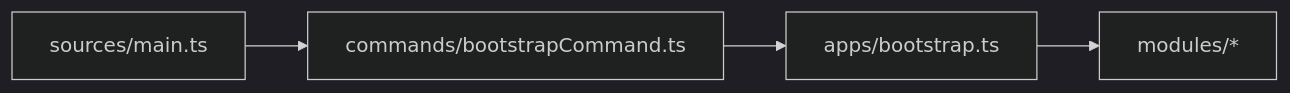
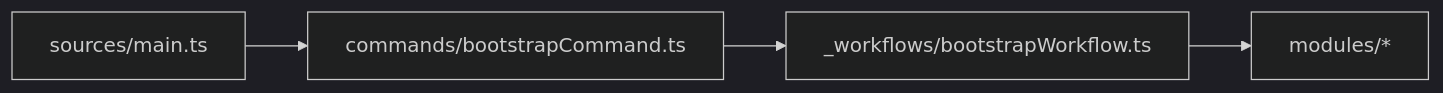
One commit to ex3ndr/holdmybeer changed the diagram in doc/rewrite-removal.md. Above: the diagram before and after it, drawn with Mermaid (dark theme). The commit also changed 23 other files, not shown here.

Commit message:
refactor(workflows): move bootstrap and rename folder

````diff
--- a/doc/rewrite-removal.md
+++ b/doc/rewrite-removal.md
@@ -7,6 +7,6 @@
 ```mermaid
 flowchart LR
   A[sources/main.ts] --> B[commands/bootstrapCommand.ts]
-  B --> C[apps/bootstrap.ts]
+  B --> C[_workflows/bootstrapWorkflow.ts]
   C --> D[modules/*]
 ```
````
